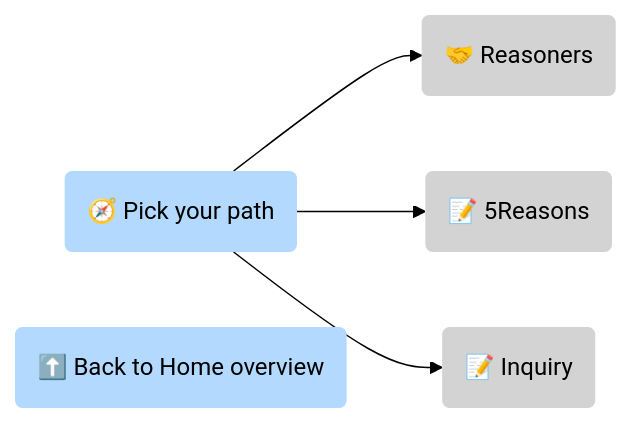
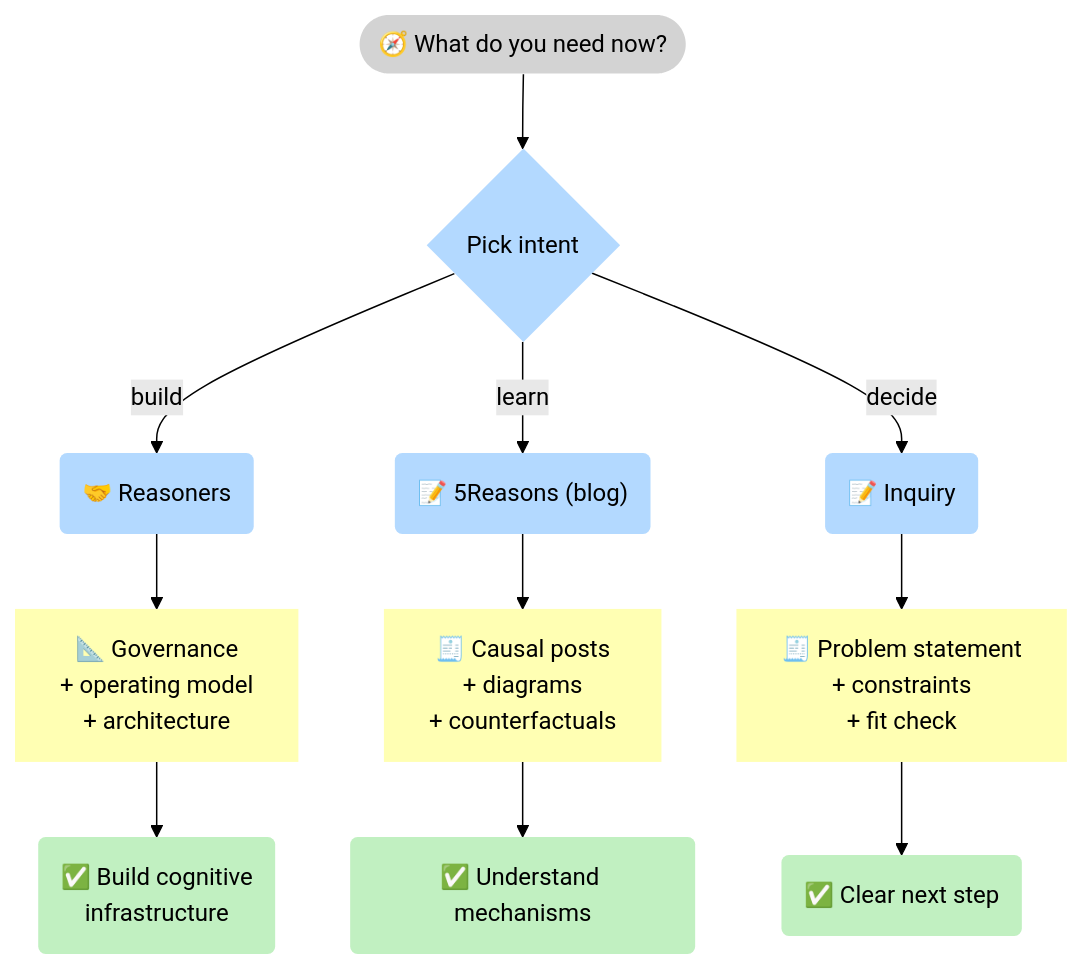
One commit to 5Reasons/5reasons.github.io changed the fifth of 5 diagrams in docs/index.md. Above: the diagram before and after it, drawn with Mermaid (forest theme). The commit also changed other lines of this file and 3 other files, not shown here.

````diff
--- a/docs/index.md
+++ b/docs/index.md
@@ -290,21 +348,37 @@
 ```mermaid
-flowchart LR
+flowchart TB
+%% Styles (brModel Standard)
 classDef i fill:#D3D3D3,stroke-width:0px,color:#000;
 classDef p fill:#B3D9FF,stroke-width:0px,color:#000;
+classDef r fill:#FFFFB3,stroke-width:0px,color:#000;
+classDef o fill:#C1F0C1,stroke-width:0px,color:#000;
 
-P_Pick("🧭 Pick your path"):::p
-I_Reasoners("🤝 Reasoners"):::i
-I_5Reasons("📝 5Reasons"):::i
-I_Inquiry("📝 Inquiry"):::i
+I_Intent(["🧭 What do you need now?"]):::i
+P_Pick{"Pick intent"}:::p
 
-P_Pick --> I_Reasoners
-P_Pick --> I_5Reasons
-P_Pick --> I_Inquiry
+P_Reasoners("🤝 Reasoners"):::p
+R_Reasoners["📐 Governance <br>+ operating model <br>+ architecture"]:::r
+O_Reasoners("✅ Build cognitive <br>infrastructure"):::o
 
-P_Home("⬆️ Back to Home overview"):::p
+P_5Reasons("📝 5Reasons (blog)"):::p
+R_5Reasons["🧾 Causal posts <br>+ diagrams <br>+ counterfactuals"]:::r
+O_5Reasons("✅ Understand mechanisms"):::o
 
-click I_Reasoners "/reasoners/" "Reasoners"
-click I_5Reasons "/blog/" "Blog"
-click I_Inquiry "/home/inquiry/" "Inquiry"
-click P_Home "/#what-we-build" "Back to the main process map"
+P_Inquiry("📝 Inquiry"):::p
+R_Inquiry["🧾 Problem statement <br>+ constraints <br>+ fit check"]:::r
+O_Inquiry("✅ Clear next step"):::o
+
+I_Intent --> P_Pick
+P_Pick -->|"build"| P_Reasoners --> R_Reasoners --> O_Reasoners
+P_Pick -->|"learn"| P_5Reasons --> R_5Reasons --> O_5Reasons
+P_Pick -->|"decide"| P_Inquiry --> R_Inquiry --> O_Inquiry
+
+
+
+click P_Reasoners "/reasoners/" "Reasoners"
+click O_Reasoners "/reasoners/" "Reasoners"
+click P_5Reasons "/blog/" "Blog"
+click O_5Reasons "/blog/" "Blog"
+click P_Inquiry "/home/inquiry/" "Inquiry"
+click O_Inquiry "/home/inquiry/" "Inquiry"
 ```
````
